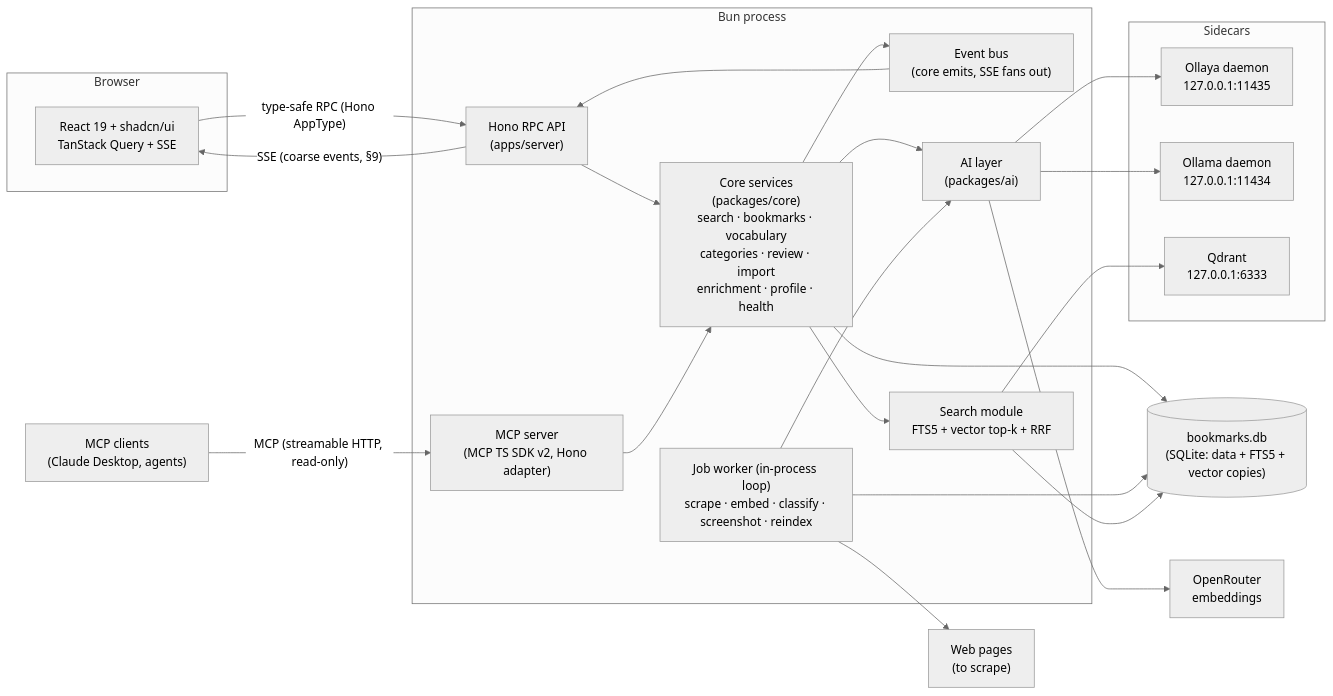
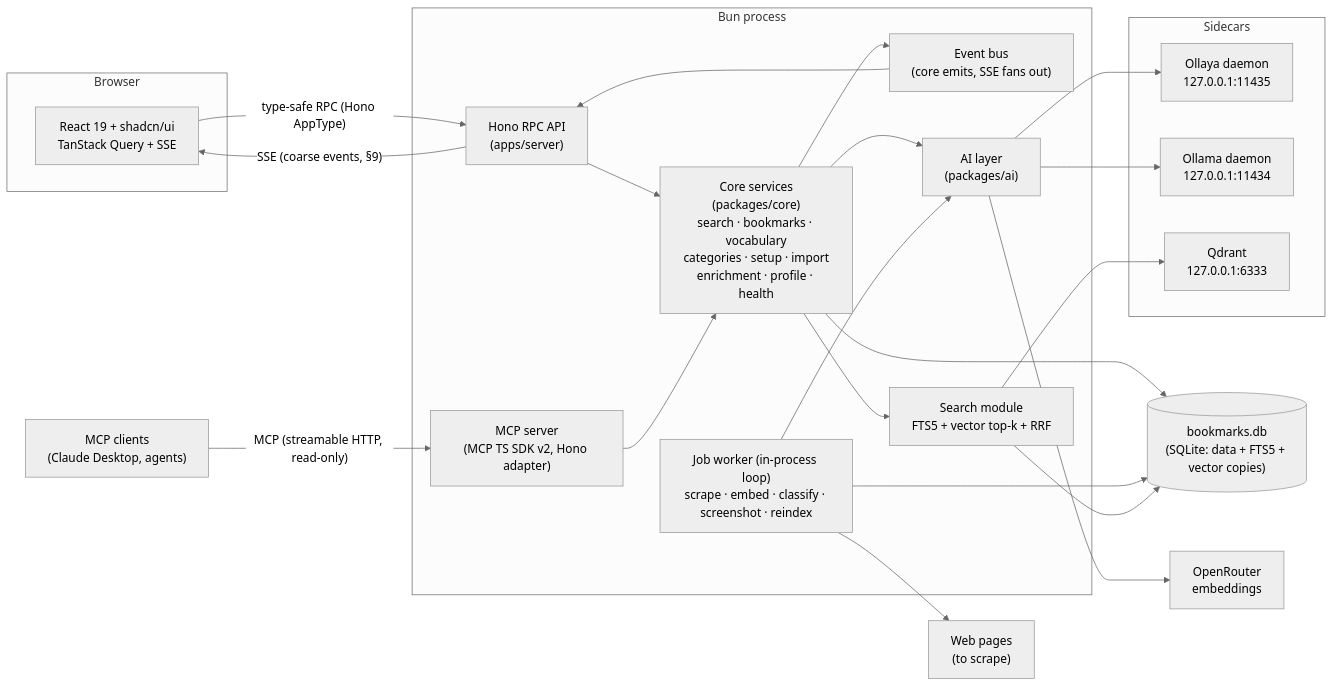
The first of 2 diagrams in docs/ARCHITECTURE.md (leonistor/al-yo-bo), drawn with Mermaid (neutral theme) before and after one commit. The commit also changed other lines of this file and 4 other files, not shown here.

Commit message:
docs: rewrite model/architecture/design for wizard-based vocabulary

````diff
--- a/docs/ARCHITECTURE.md
+++ b/docs/ARCHITECTURE.md
@@ -82,48 +82,48 @@
 ```mermaid
 flowchart LR
   subgraph browser [Browser]
     Web["React 19 + shadcn/ui\nTanStack Query + SSE"]
   end
 
   MCPC["MCP clients\n(Claude Desktop, agents)"]
 
   subgraph bun [Bun process]
     API["Hono RPC API\n(apps/server)"]
     MCP["MCP server\n(MCP TS SDK v2, Hono adapter)"]
-    Core["Core services\n(packages/core)\nsearch · bookmarks · vocabulary\ncategories · review · import\nenrichment · profile · health"]
+    Core["Core services\n(packages/core)\nsearch · bookmarks · vocabulary\ncategories · setup · import\nenrichment · profile · health"]
     Bus["Event bus\n(core emits, SSE fans out)"]
     Worker["Job worker (in-process loop)\nscrape · embed · classify · screenshot · reindex"]
     Search["Search module\nFTS5 + vector top-k + RRF"]
     AI["AI layer\n(packages/ai)"]
   end
 
   DB[("bookmarks.db\n(SQLite: data + FTS5 + vector copies)")]
 
   subgraph sidecars [Sidecars]
     Ollaya["Ollaya daemon\n127.0.0.1:11435"]
     Ollama["Ollama daemon\n127.0.0.1:11434"]
     Qdrant["Qdrant\n127.0.0.1:6333"]
   end
 
   OR["OpenRouter\nembeddings"]
   Sites["Web pages\n(to scrape)"]
 
   Web -- "type-safe RPC (Hono AppType)" --> API
   API -- "SSE (coarse events, §9)" --> Web
   MCPC -- "MCP (streamable HTTP, read-only)" --> MCP
   API --> Core
   MCP --> Core
   Core --> Search
   Core --> AI
   Core --> DB
   Core --> Bus
   Bus --> API
   Worker --> DB
   Worker --> AI
   Worker --> Sites
   Search --> DB
   Search --> Qdrant
   AI --> Ollaya
   AI --> Ollama
   AI --> OR
 ```
````
